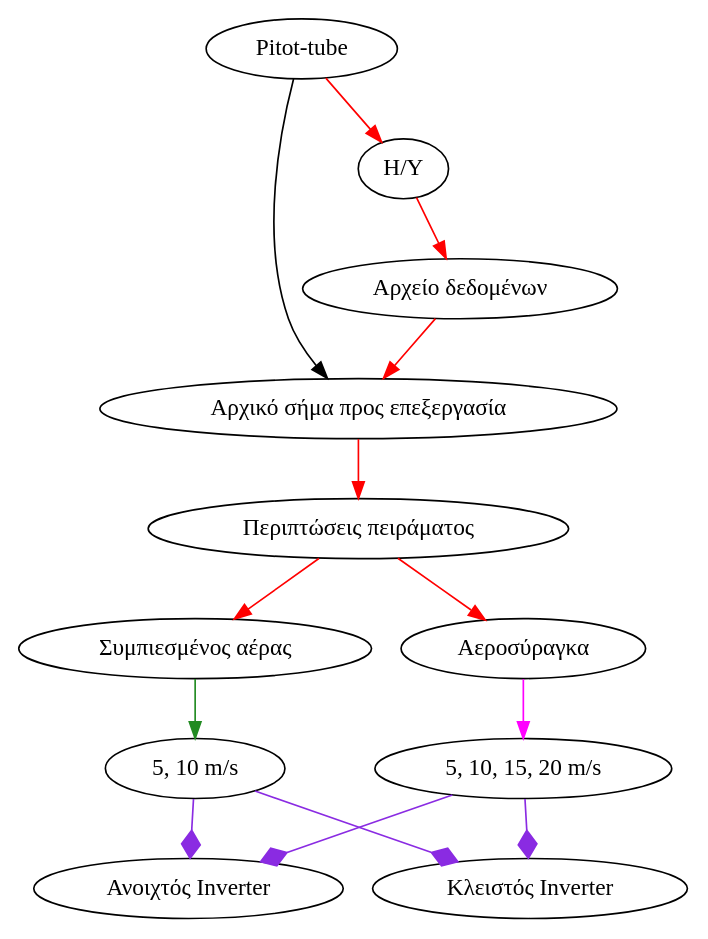
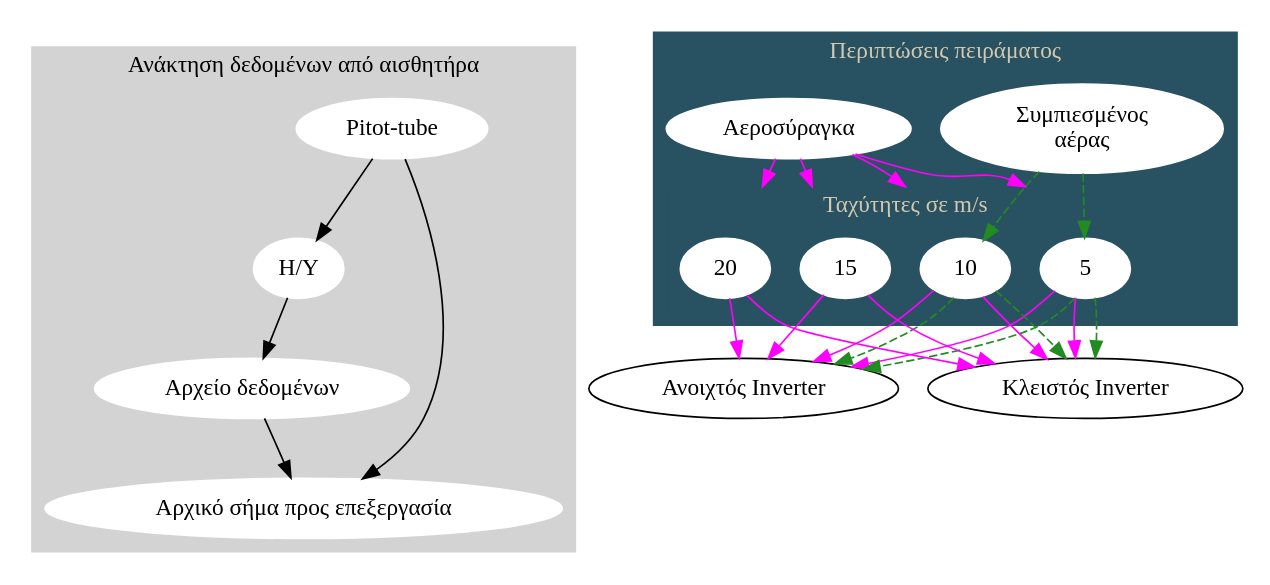
The first of 2 diagrams in diss-docs/main_doc/main_doc.org (hmu-mech-npap/diss.tn.doc), drawn with Graphviz before and after one commit. The commit also changed other lines of this file and 4 other files, not shown here.

```diff
--- a/diss-docs/main_doc/main_doc.org
+++ b/diss-docs/main_doc/main_doc.org
@@ -1264,23 +1292,35 @@
 #+begin_src dot :file ./flowcharts/test-first.png :results file :exports results :session dot :tangle ./graphviz/lab-struct.gv
 digraph regexp  {
-    // size= "4,6!"
-    "Pitot-tube" ->
-    "H/Y" ->
-    "Αρχείο δεδομένων" ->
-    "Αρχικό σήμα πρoς επεξεργασία" ->
-    "Περιπτώσεις πειράματος" ->
-    {"Συμπιεσμένος αέρας"  "Αεροσύραγκα" } [color=red]
-
-    "Συμπιεσμένος αέρας" -> "5, 10 m/s" [color=forestgreen]
-
-    "Αεροσύραγκα" -> "5, 10, 15, 20 m/s" [color=magenta]
-
-    {"5, 10, 15, 20 m/s" "5, 10 m/s" }
-    -> {"Ανοιχτός Inverter" "Κλειστός Inverter"}[color = blueviolet,
-                                                 arrowhead = diamond,
-                                                 arrowsize = 1.4 ]
-
-    "Pitot-tube" -> "Αρχικό σήμα πρoς επεξεργασία"
+    compound=true;
+    // graph [fontsize=10 fontname="Verdana" compound=true];
+    // node [shape=record fontsize=10 fontname="Verdana"];
+    subgraph cluster_0{
+        style=filled;
+        color=lightgray;
+        node [style=filled,color=white];
+        "Pitot-tube" -> "H/Y" -> "Αρχείο δεδομένων" -> "Αρχικό σήμα πρoς επεξεργασία";
+        label= "Ανάκτηση δεδομένων από αισθητήρα";
+    }
+    subgraph cluster_1{
+        fontcolor="#D4C9AF";
+        style=filled;
+        color="#285162";
+        node [style=filled, color=white];
+        // "Περιπτώσεις πειράματος" ->
+        // {"Συμπιεσμένος \n αέρας"  "Αεροσύραγκα" } [color=red]
+        "Συμπιεσμένος \n αέρας" -> {"5" "10"} [color=forestgreen, style=dashed]
+        "Αεροσύραγκα" -> {"5" "10" "15" "20"} [color=magenta, lhead=cluster_2]
+        label = "Περιπτώσεις πειράματος";
+        // color=blue
+        subgraph cluster_2{
+            "5" "10" "15" "20";
+            label="Ταχύτητες σε m/s"
+        }
+    }
+    "Pitot-tube" -> "Αρχικό σήμα πρoς επεξεργασία" ;
+    {"5" "10" "15" "20"} ->
+    {"Ανοιχτός Inverter" "Κλειστός Inverter"}[color=magenta]
+    {"5" "10" } ->
+    {"Ανοιχτός Inverter" "Κλειστός Inverter"}[color=forestgreen, style=dashed]
 }
-
 #+end_src
```
